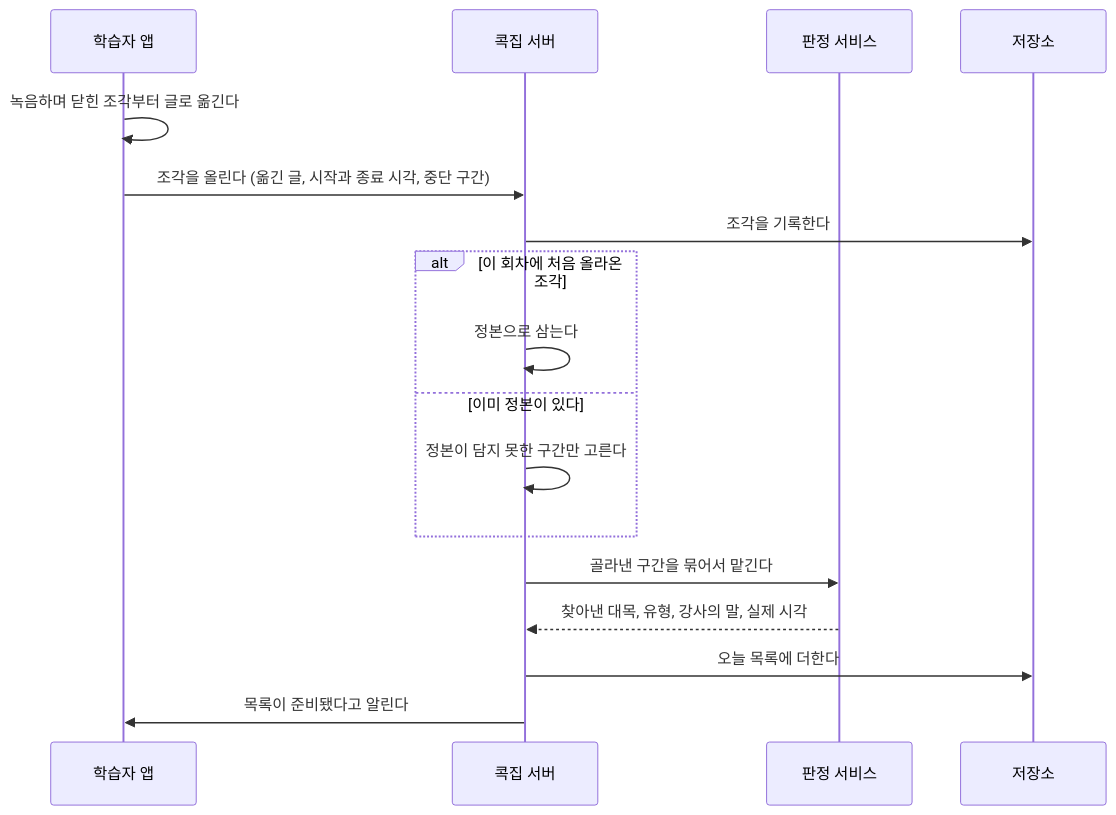
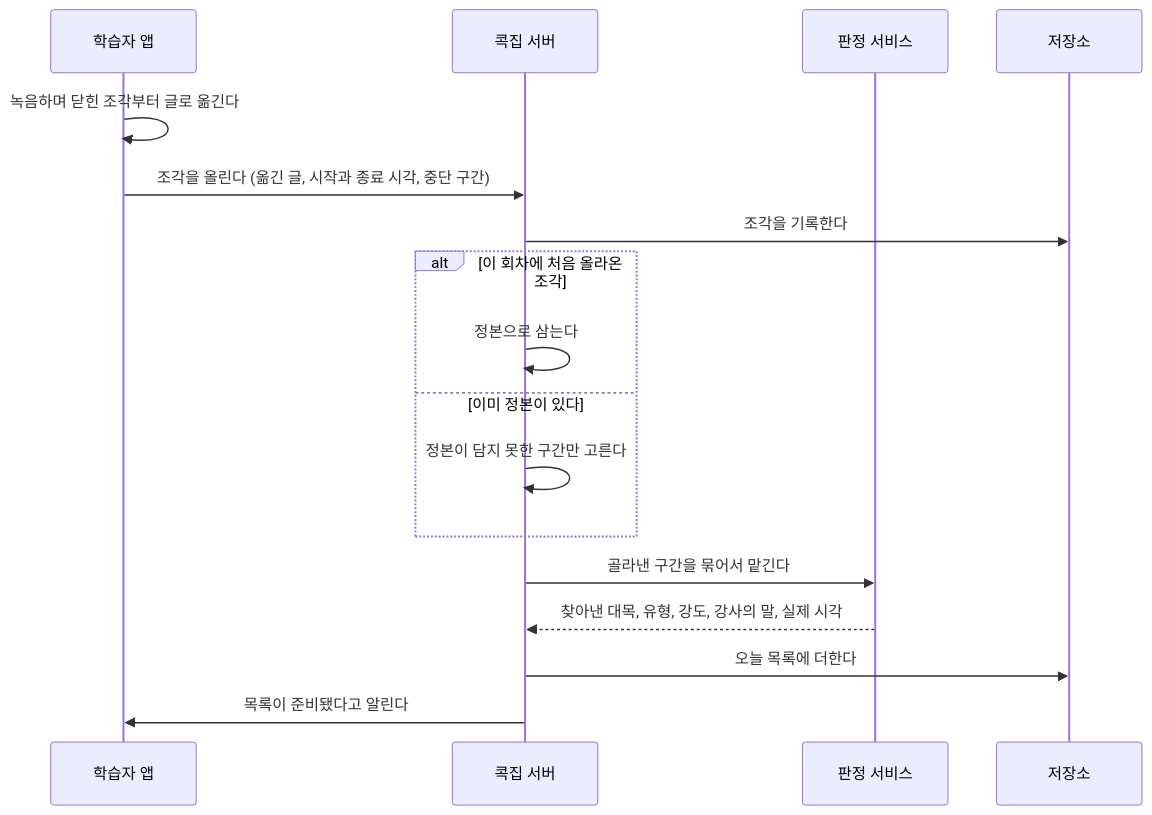
The second of 7 diagrams in docs/02-srs/srs.md (hayoungv/kokjip), drawn with Mermaid before and after one commit. The commit also changed other lines of this file and 11 other files, not shown here.

````diff
--- a/docs/02-srs/srs.md
+++ b/docs/02-srs/srs.md
@@ -139,20 +139,20 @@
 ```mermaid
 sequenceDiagram
     participant 앱 as 학습자 앱
     participant 서버 as 콕집 서버
     participant 판정 as 판정 서비스
     participant 저장 as 저장소
 
     앱->>앱: 녹음하며 닫힌 조각부터 글로 옮긴다
     앱->>서버: 조각을 올린다 (옮긴 글, 시작과 종료 시각, 중단 구간)
     서버->>저장: 조각을 기록한다
     alt 이 회차에 처음 올라온 조각
         서버->>서버: 정본으로 삼는다
     else 이미 정본이 있다
         서버->>서버: 정본이 담지 못한 구간만 고른다
     end
     서버->>판정: 골라낸 구간을 묶어서 맡긴다
-    판정-->>서버: 찾아낸 대목, 유형, 강사의 말, 실제 시각
+    판정-->>서버: 찾아낸 대목, 유형, 강도, 강사의 말, 실제 시각
     서버->>저장: 오늘 목록에 더한다
     서버->>앱: 목록이 준비됐다고 알린다
 ```
````
